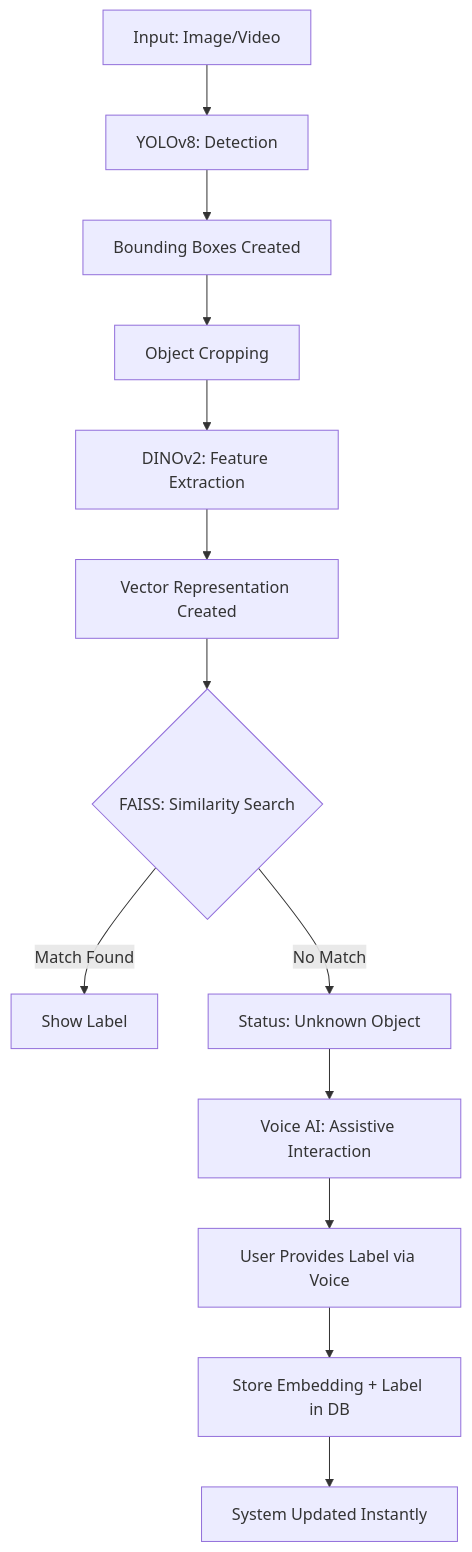
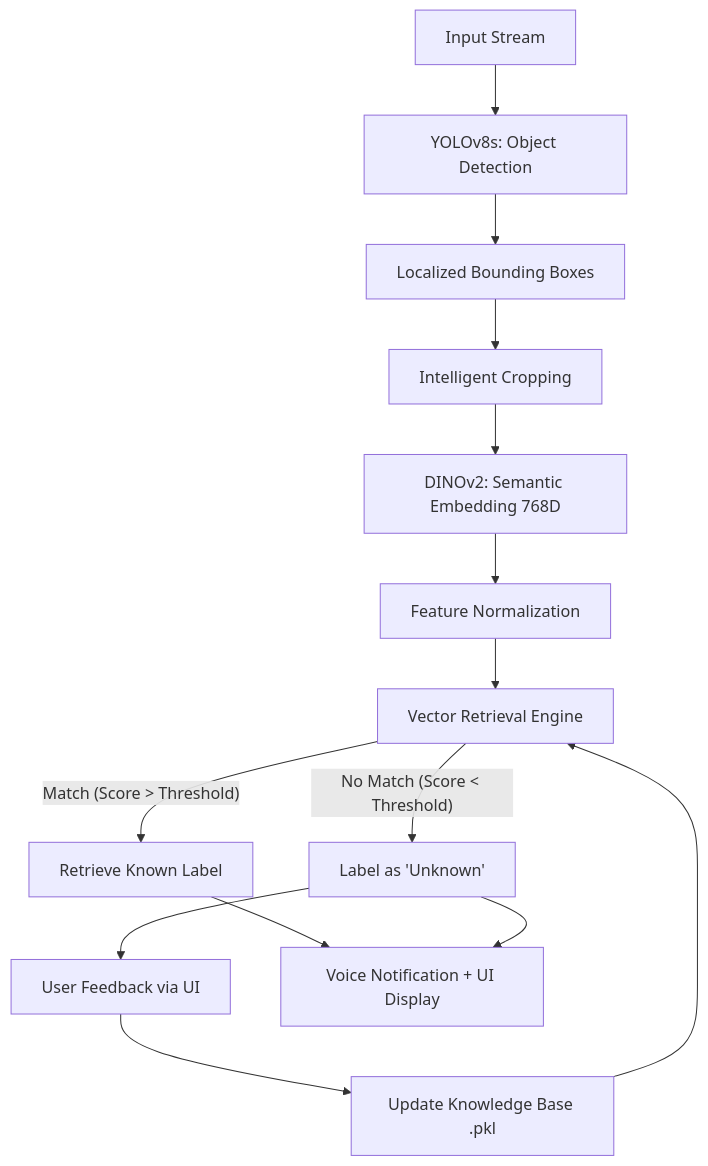
The diagram in README.md (louvkrishnaupadhyay/Code-Ronin-Hackathon), drawn with Mermaid before and after one commit. The commit also changed other lines of this file and 18 other files, not shown here.

````diff
--- a/README.md
+++ b/README.md
@@ -63,15 +35,16 @@
 ```mermaid
 graph TD
-    A[Input: Image/Video] --> B[YOLOv8: Detection]
-    B --> C[Bounding Boxes Created]
-    C --> D[Object Cropping]
-    D --> E[DINOv2: Feature Extraction]
-    E --> F[Vector Representation Created]
-    F --> G{FAISS: Similarity Search}
-    G -- Match Found --> H[Show Label]
-    G -- No Match --> I[Status: Unknown Object]
-    I --> J[Voice AI: Assistive Interaction]
-    J --> K[User Provides Label via Voice]
-    K --> L[Store Embedding + Label in DB]
-    L --> M[System Updated Instantly]
+    A[Input Stream] --> B[YOLOv8s: Object Detection]
+    B --> C[Localized Bounding Boxes]
+    C --> D[Intelligent Cropping]
+    D --> E[DINOv2: Semantic Embedding 768D]
+    E --> F[Feature Normalization]
+    F --> G[Vector Retrieval Engine]
+    G -- "Match (Score > Threshold)" --> H[Retrieve Known Label]
+    G -- "No Match (Score < Threshold)" --> I[Label as 'Unknown']
+    I --> J[User Feedback via UI]
+    J --> K[Update Knowledge Base .pkl]
+    K --> G
+    H --> L[Voice Notification + UI Display]
+    I --> L
 ```
````
